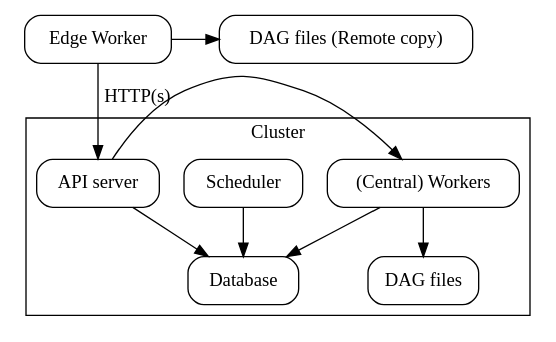
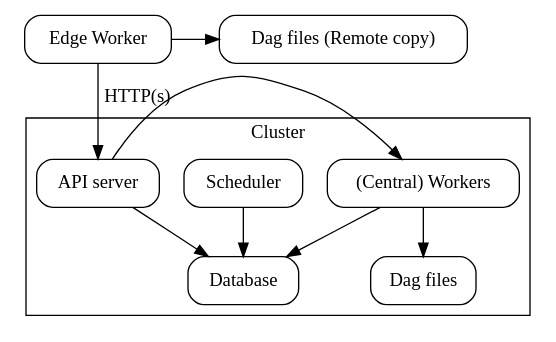
The first of 2 diagrams in providers/edge3/docs/architecture.rst (GoogleCloudPlatform/composer-airflow), drawn with Graphviz before and after one commit. The commit also changed other lines of this file and 129 other files, not shown here.

```diff
--- a/providers/edge3/docs/architecture.rst
+++ b/providers/edge3/docs/architecture.rst
@@ -24,38 +24,38 @@
 .. graphviz::
 
     digraph A{
         rankdir="TB"
         node[shape="rectangle", style="rounded"]
 
 
         subgraph cluster {
             label="Cluster";
             {rank = same; dag; database}
             {rank = same; workers; scheduler; api}
 
             workers[label="(Central) Workers"]
             scheduler[label="Scheduler"]
             api[label="API server"]
             database[label="Database"]
-            dag[label="DAG files"]
+            dag[label="Dag files"]
 
             api->workers
             api->database
 
             workers->dag
             workers->database
 
             scheduler->database
         }
 
         subgraph edge_worker_subgraph {
             label="Edge site";
             {rank = same; edge_worker; edge_dag}
             edge_worker[label="Edge Worker"]
-            edge_dag[label="DAG files (Remote copy)"]
+            edge_dag[label="Dag files (Remote copy)"]
 
             edge_worker->edge_dag
         }
 
         edge_worker->api[label="HTTP(s)"]
     }
```
